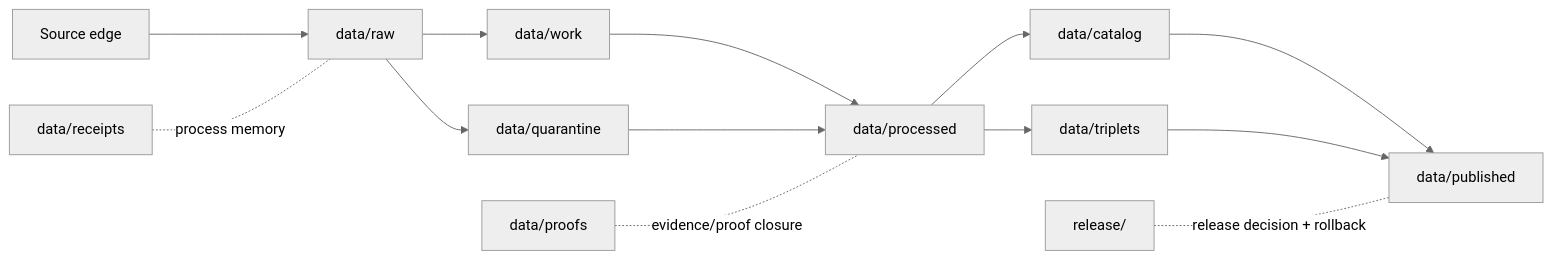
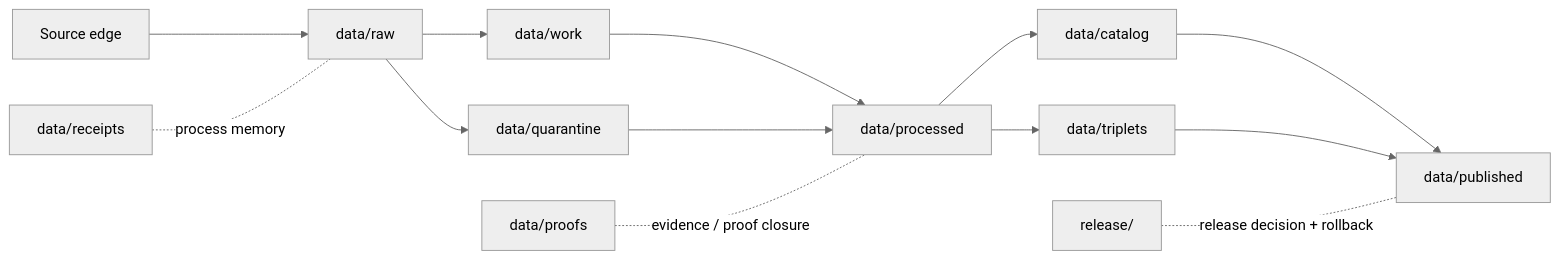
Before and after one commit to bartytime4life/Kansas-Frontier-Matrix: the first of 3 diagrams in docs/architecture/SKELETON_MAP.md, drawn with Mermaid (neutral theme). The commit also changed other lines of this file, not shown here.

````diff
--- a/docs/architecture/SKELETON_MAP.md
+++ b/docs/architecture/SKELETON_MAP.md
@@ -240,16 +288,16 @@
 ```mermaid
 graph LR
   A[Source edge] --> B[data/raw]
   B --> C[data/work]
   B --> D[data/quarantine]
   C --> E[data/processed]
   D --> E
   E --> F[data/catalog]
   E --> G[data/triplets]
   F --> H[data/published]
   G --> H
 
   R[data/receipts] -. process memory .- B
-  P[data/proofs] -. evidence/proof closure .- E
+  P[data/proofs] -. evidence / proof closure .- E
   L[release/] -. release decision + rollback .- H
 ```
````
